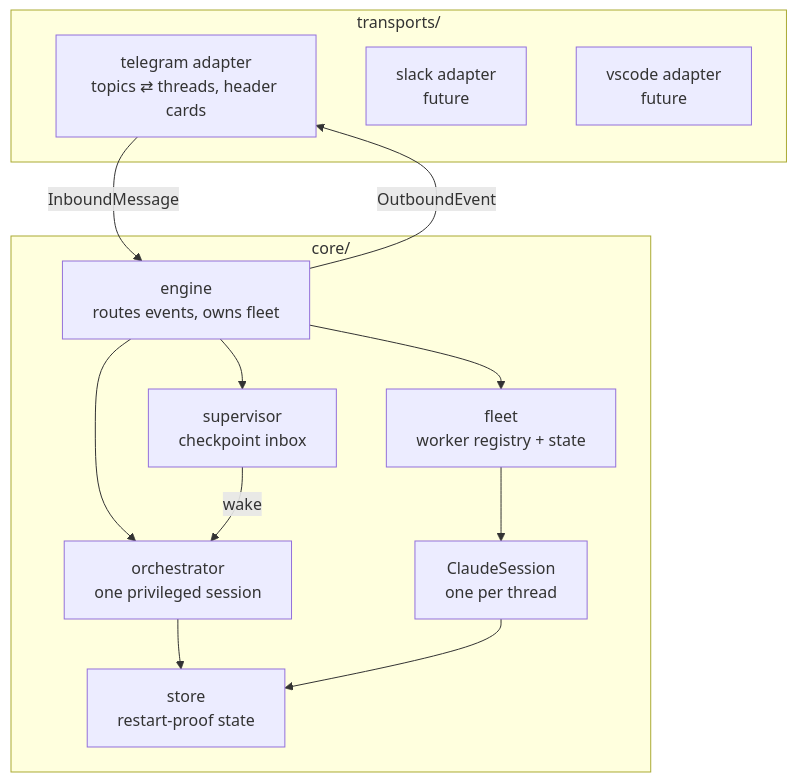
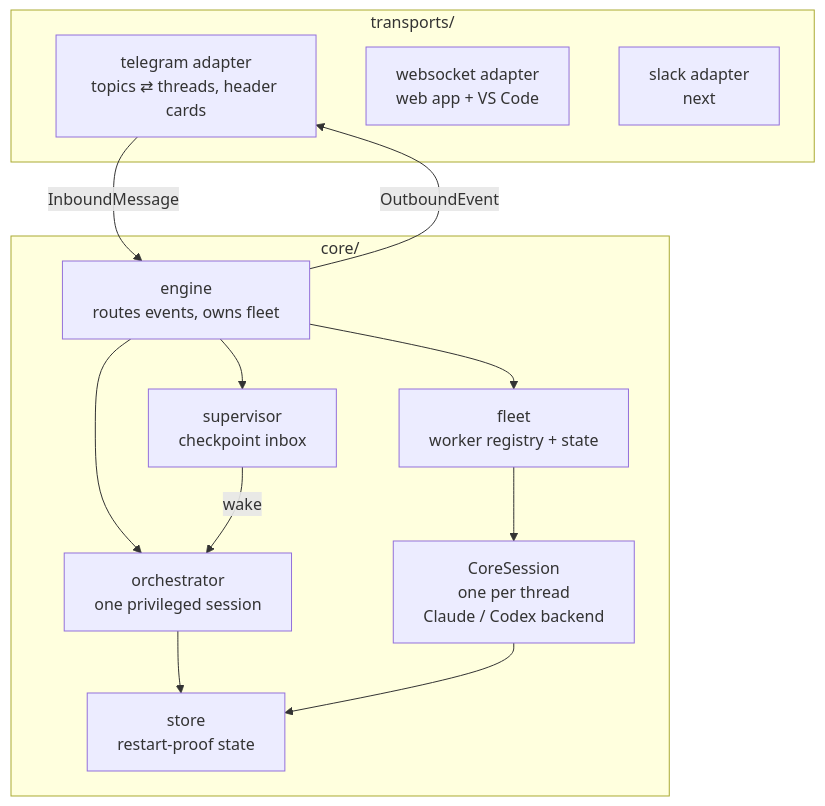
The first of 2 diagrams in docs/architecture.md (Dri-water/be-a-boss), drawn with Mermaid before and after one commit. The commit also changed other lines of this file and 10 other files, not shown here.

````diff
--- a/docs/architecture.md
+++ b/docs/architecture.md
@@ -28,22 +27,22 @@
 ```mermaid
 flowchart TB
     subgraph transports/
         TG[telegram adapter<br/>topics ⇄ threads, header cards]
-        SLACK[slack adapter<br/>future]
-        VSC[vscode adapter<br/>future]
+        WS[websocket adapter<br/>web app + VS Code]
+        SLACK[slack adapter<br/>next]
     end
     subgraph core/
         ENG[engine<br/>routes events, owns fleet]
         ORC[orchestrator<br/>one privileged session]
         FLEET[fleet<br/>worker registry + state]
-        CS[ClaudeSession<br/>one per thread]
+        CS[CoreSession<br/>one per thread<br/>Claude / Codex backend]
         SUP[supervisor<br/>checkpoint inbox]
         ST[store<br/>restart-proof state]
     end
     TG -- InboundMessage --> ENG
     ENG -- OutboundEvent --> TG
     ENG --> ORC & FLEET & SUP
     FLEET --> CS
     SUP -- wake --> ORC
     ORC & CS --> ST
 ```
````
